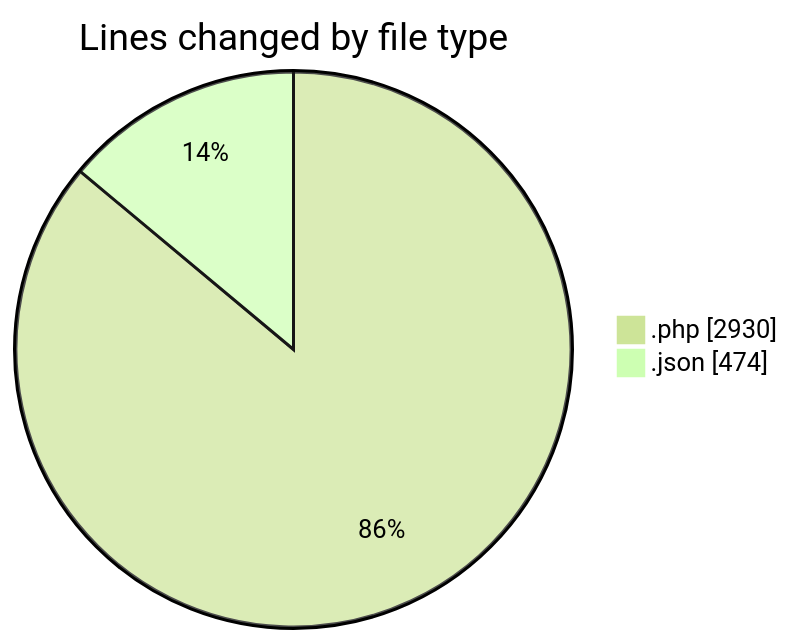
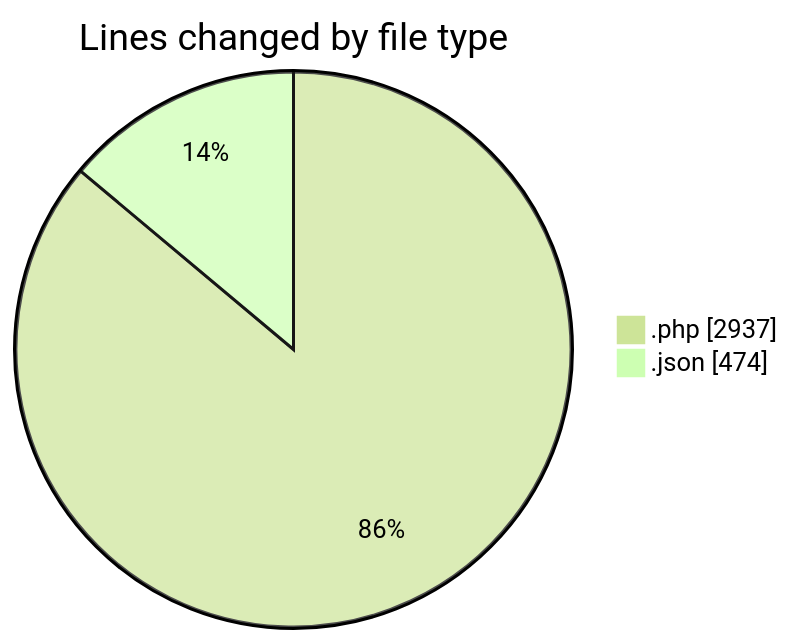
The first of 2 diagrams in 2025-06-16/studio-backend/README.md (idhammustaqopulfikri/code-tracking), drawn with Mermaid (forest theme) before and after one commit. The commit also changed other lines of this file and 1 other file, not shown here.

````diff
--- a/2025-06-16/studio-backend/README.md
+++ b/2025-06-16/studio-backend/README.md
@@ -36,6 +36,6 @@
 ```mermaid
 pie showData
 title Lines changed by file type
-".php" : 2930
+".php" : 2937
 ".json" : 474
 ```
````
